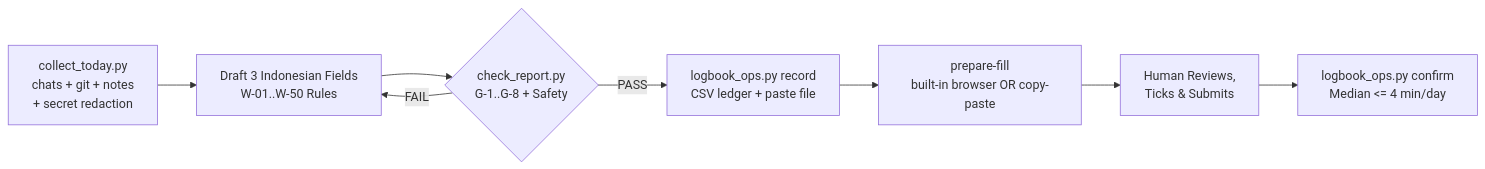
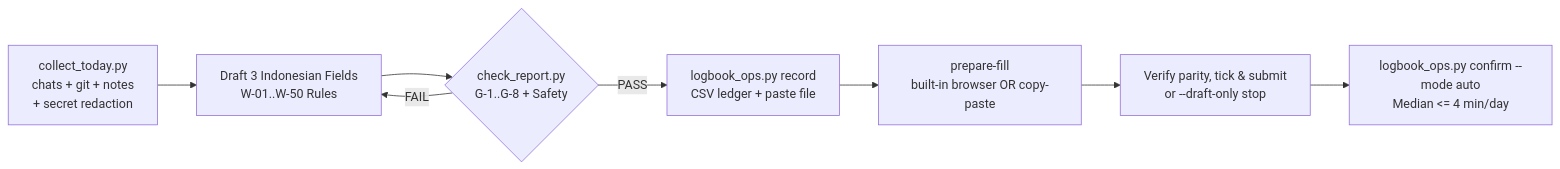
Before and after one commit to vanovri/maganghub-logbook-ops: the diagram in README.md, drawn with Mermaid. The commit also changed other lines of this file and 7 other files, not shown here.

Commit message:
feat: enable gate-verified auto-submit by default with --draft-only fallback

````diff
--- a/README.md
+++ b/README.md
@@ -68,10 +68,10 @@
 ```mermaid
 flowchart LR
     A[collect_today.py<br/>chats + git + notes<br/>+ secret redaction] --> B[Draft 3 Indonesian Fields<br/>W-01..W-50 Rules]
     B --> C{check_report.py<br/>G-1..G-8 + Safety}
     C -- FAIL --> B
     C -- PASS --> D[logbook_ops.py record<br/>CSV ledger + paste file]
     D --> E[prepare-fill<br/>built-in browser OR copy-paste]
-    E --> F[Human Reviews,<br/>Ticks & Submits]
-    F --> G[logbook_ops.py confirm<br/>Median <= 4 min/day]
+    E --> F[Verify parity, tick & submit<br/>or --draft-only stop]
+    F --> G[logbook_ops.py confirm --mode auto<br/>Median <= 4 min/day]
 ```
````
